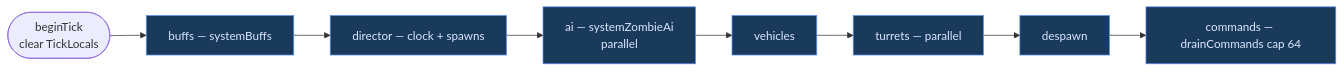
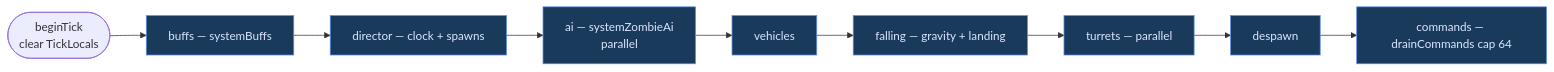
Before and after one commit to hordeforge/zdtd-server: the diagram in docs/ECS_SYSTEMS.md, drawn with Mermaid. The commit also changed other lines of this file and 8 other files, not shown here.

````diff
--- a/docs/ECS_SYSTEMS.md
+++ b/docs/ECS_SYSTEMS.md
@@ -68,14 +69,15 @@
 ```mermaid
 flowchart LR
     BEGIN([beginTick<br/>clear TickLocals]) --> BUFFS
     BUFFS[buffs — systemBuffs] --> DIR
     DIR[director — clock + spawns] --> AI
     AI[ai — systemZombieAi<br/>parallel] --> VEH
-    VEH[vehicles] --> TUR
+    VEH[vehicles] --> FALL
+    FALL[falling — gravity + landing] --> TUR
     TUR[turrets — parallel] --> DESP
     DESP[despawn] --> CMDS
     CMDS[commands — drainCommands cap 64]
 
     classDef phase fill:#1a3a5c,stroke:#5b8def,color:#dbe6ff
-    class BUFFS,DIR,AI,VEH,TUR,DESP,CMDS phase
+    class BUFFS,DIR,AI,VEH,FALL,TUR,DESP,CMDS phase
 ```
````
